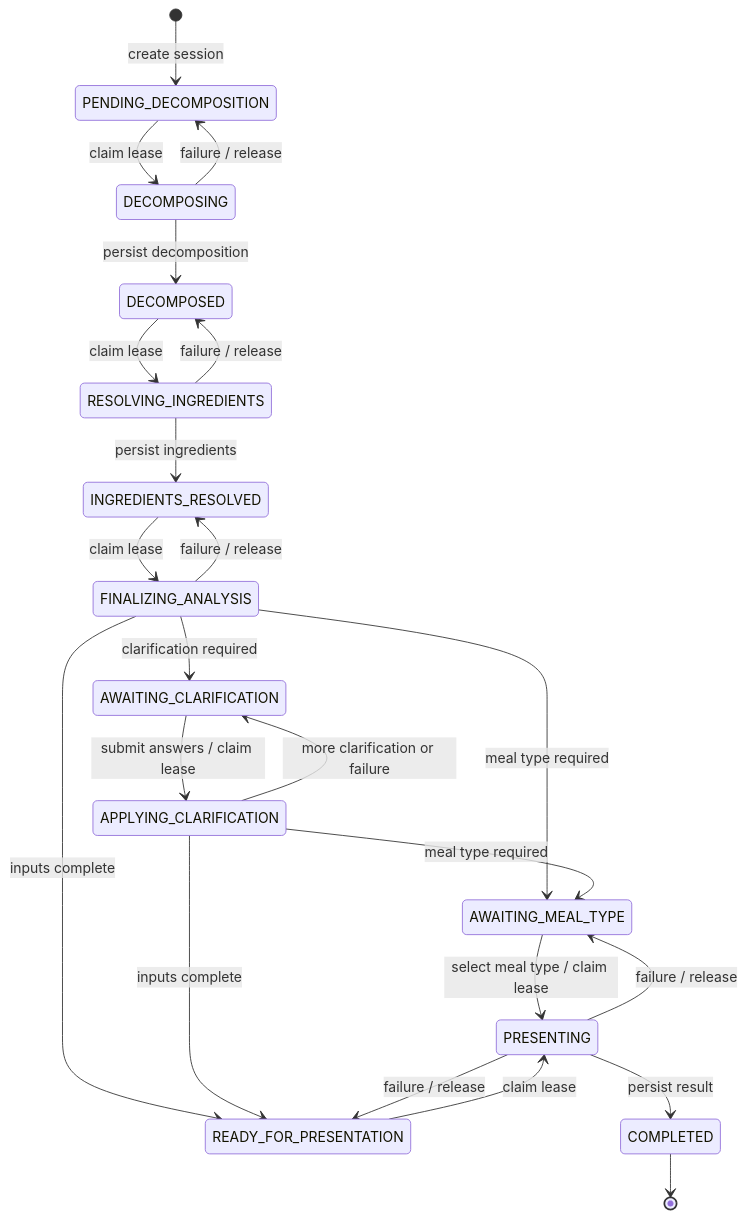
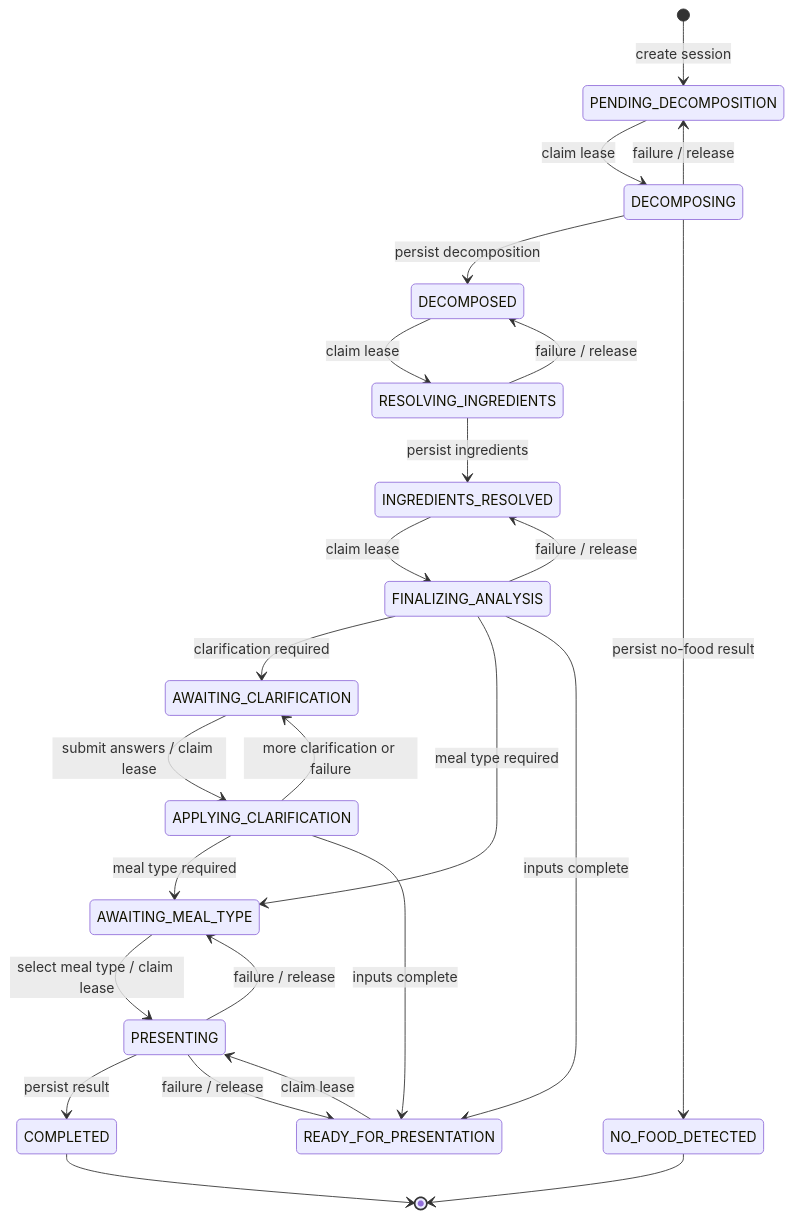
One commit to thecodepapaya/calorify changed the diagram in backend/docs/meal-analysis-state-machine.md. Above: the diagram before and after it, drawn with Mermaid. The commit also changed other lines of this file and 140 other files, not shown here.

Commit message:
Implement robust meal analysis flow

````diff
--- a/backend/docs/meal-analysis-state-machine.md
+++ b/backend/docs/meal-analysis-state-machine.md
@@ -12,31 +63,33 @@
 ```mermaid
 stateDiagram-v2
     [*] --> PENDING_DECOMPOSITION: create session
 
     PENDING_DECOMPOSITION --> DECOMPOSING: claim lease
     DECOMPOSING --> DECOMPOSED: persist decomposition
+    DECOMPOSING --> NO_FOOD_DETECTED: persist no-food result
     DECOMPOSING --> PENDING_DECOMPOSITION: failure / release
 
     DECOMPOSED --> RESOLVING_INGREDIENTS: claim lease
     RESOLVING_INGREDIENTS --> INGREDIENTS_RESOLVED: persist ingredients
     RESOLVING_INGREDIENTS --> DECOMPOSED: failure / release
 
     INGREDIENTS_RESOLVED --> FINALIZING_ANALYSIS: claim lease
     FINALIZING_ANALYSIS --> AWAITING_CLARIFICATION: clarification required
     FINALIZING_ANALYSIS --> AWAITING_MEAL_TYPE: meal type required
     FINALIZING_ANALYSIS --> READY_FOR_PRESENTATION: inputs complete
     FINALIZING_ANALYSIS --> INGREDIENTS_RESOLVED: failure / release
 
     AWAITING_CLARIFICATION --> APPLYING_CLARIFICATION: submit answers / claim lease
     APPLYING_CLARIFICATION --> AWAITING_CLARIFICATION: more clarification or failure
     APPLYING_CLARIFICATION --> AWAITING_MEAL_TYPE: meal type required
     APPLYING_CLARIFICATION --> READY_FOR_PRESENTATION: inputs complete
 
     AWAITING_MEAL_TYPE --> PRESENTING: select meal type / claim lease
     READY_FOR_PRESENTATION --> PRESENTING: claim lease
     PRESENTING --> COMPLETED: persist result
     PRESENTING --> AWAITING_MEAL_TYPE: failure / release
     PRESENTING --> READY_FOR_PRESENTATION: failure / release
 
     COMPLETED --> [*]
+    NO_FOOD_DETECTED --> [*]
 ```
````
